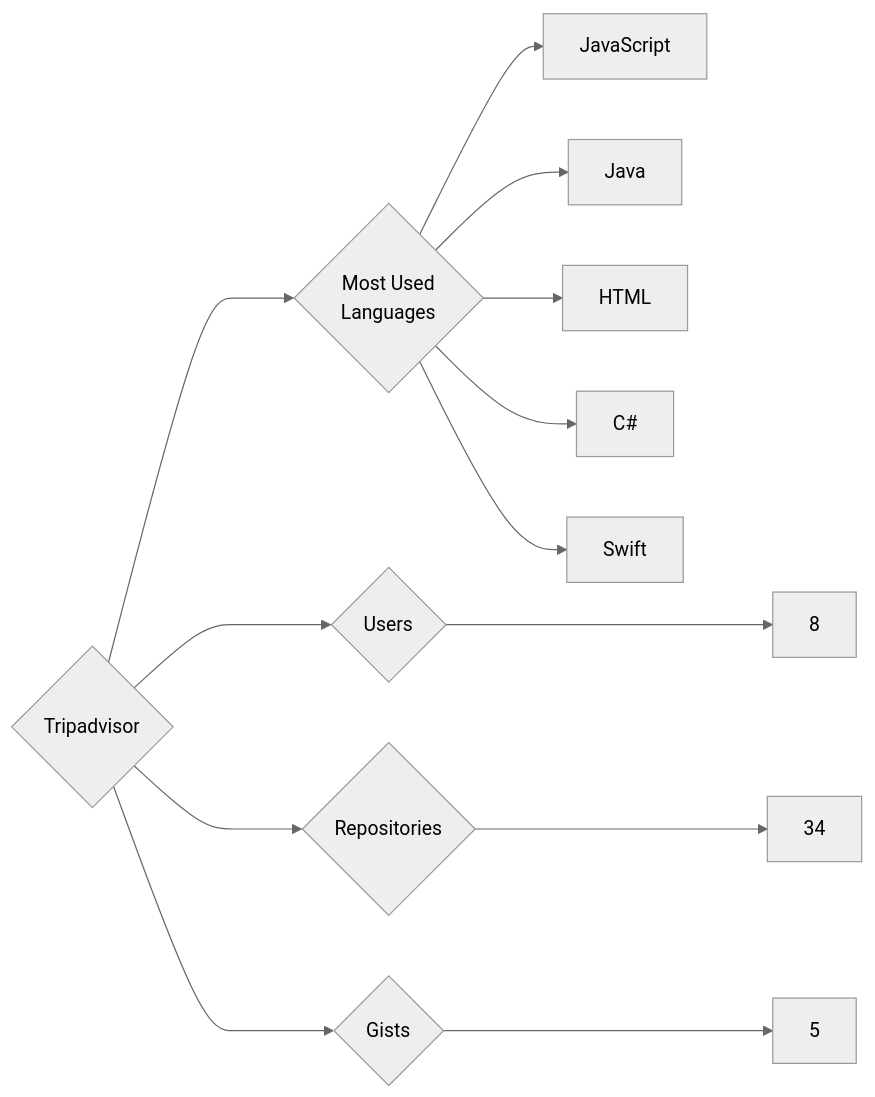
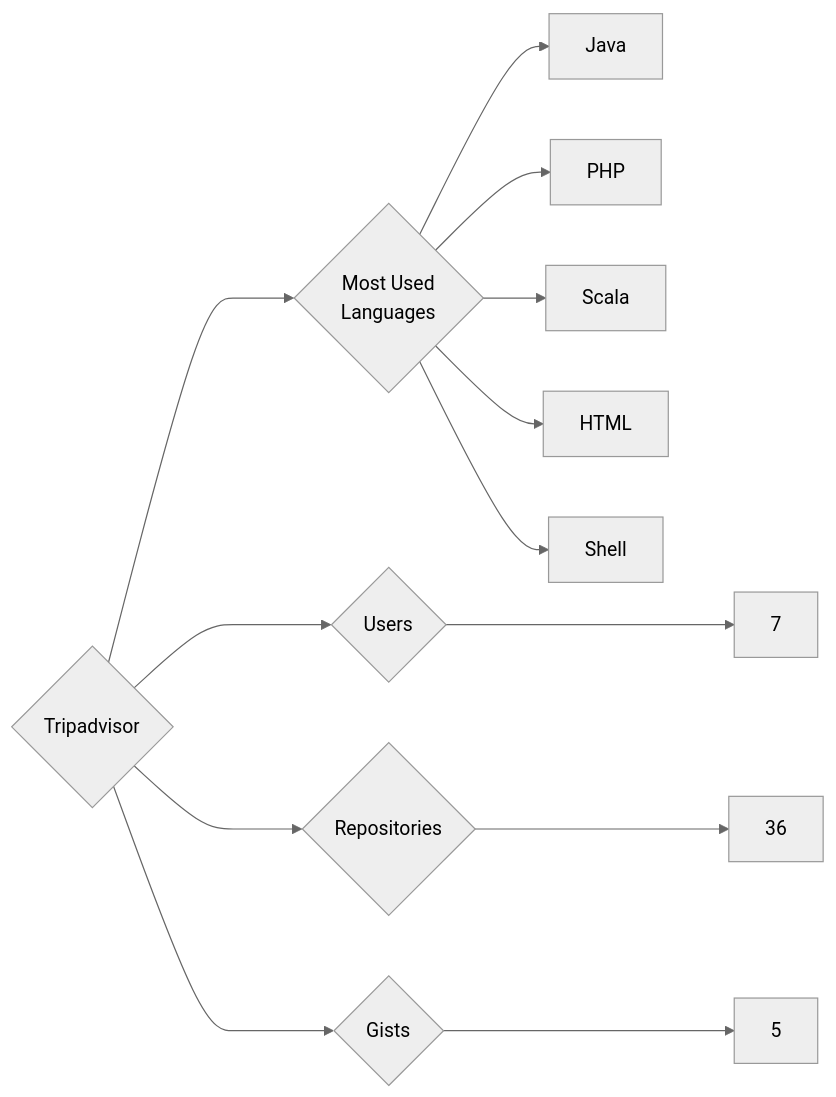
Before and after one commit to trickest/insiders: the diagram in targets/Tripadvisor/README.md, drawn with Mermaid (neutral theme). The commit also changed 1248 other files, not shown here.

````diff
--- a/targets/Tripadvisor/README.md
+++ b/targets/Tripadvisor/README.md
@@ -3,13 +3,13 @@
 ```mermaid
 graph LR
 COMPANY_NAME{Tripadvisor}
-COMPANY_NAME ---> U{Users} ---> UN[8]
-COMPANY_NAME ---> R{Repositories} ---> RN[34]
+COMPANY_NAME ---> U{Users} ---> UN[7]
+COMPANY_NAME ---> R{Repositories} ---> RN[36]
 COMPANY_NAME ---> G{Gists} ---> GN[5]
 COMPANY_NAME ---> ML{Most Used<br>Languages}
-ML --> JavaScript[JavaScript]
 ML --> Java[Java]
+ML --> PHP[PHP]
+ML --> Scala[Scala]
 ML --> HTML[HTML]
-ML --> C#[C#]
-ML --> Swift[Swift]
+ML --> Shell[Shell]
 ```
````
